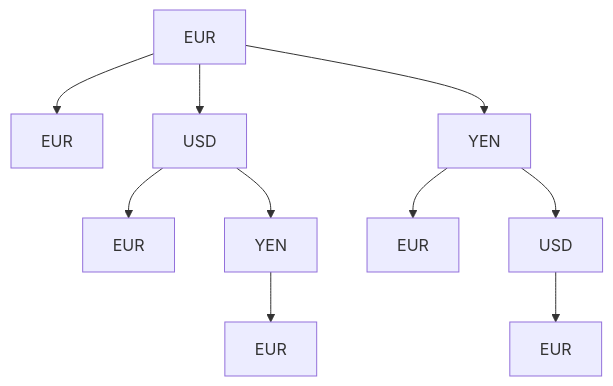
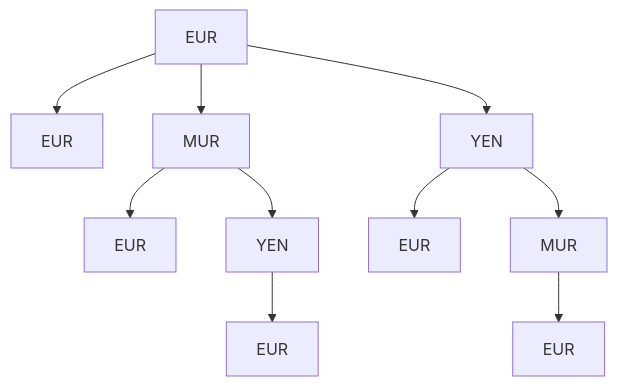
One commit to Serkaaaaa/Arbitrage changed the diagram in README.md. Above: the diagram before and after it, drawn with Mermaid. The commit also changed other lines of this file, not shown here.

````diff
--- a/README.md
+++ b/README.md
@@ -27,12 +31,12 @@
         ```mermaid
         graph TD;
             A[EUR]-->D[EUR];
-            A-->B[USD];
+            A-->B[MUR];
             A-->C[YEN];
             B-->Y[EUR];
             B-->Z[YEN];
             C-->X[EUR];
-            C-->W[USD];
+            C-->W[MUR];
             Z-->U[EUR];
             W-->V[EUR]
         ```
````
